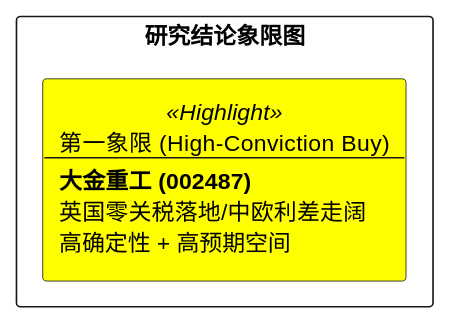
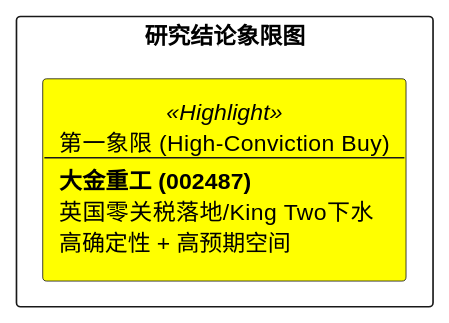
One commit to hrzzzrh/QuantPyLab changed the diagram in investigation/equities/大金重工/reports/研报章节七：投资摘要与风险因素.md. Above: the diagram before and after it, drawn with PlantUML. The commit also changed other lines of this file and 74 other files, not shown here.

````diff
--- a/investigation/equities/大金重工/reports/研报章节七：投资摘要与风险因素.md
+++ b/investigation/equities/大金重工/reports/研报章节七：投资摘要与风险因素.md
@@ -23,10 +22,10 @@
 ```plantuml
 @startuml
 skinparam rectangle {
     BackgroundColor<<Highlight>> Yellow
 }
 rectangle "研究结论象限图" {
-    rectangle "第一象限 (High-Conviction Buy)\n--\n**大金重工 (002487)**\n英国零关税落地/中欧利差走阔\n高确定性 + 高预期空间" as Q1 <<Highlight>>
+    rectangle "第一象限 (High-Conviction Buy)\n--\n**大金重工 (002487)**\n英国零关税落地/King Two下水\n高确定性 + 高预期空间" as Q1 <<Highlight>>
 }
 @enduml
 ```
````
